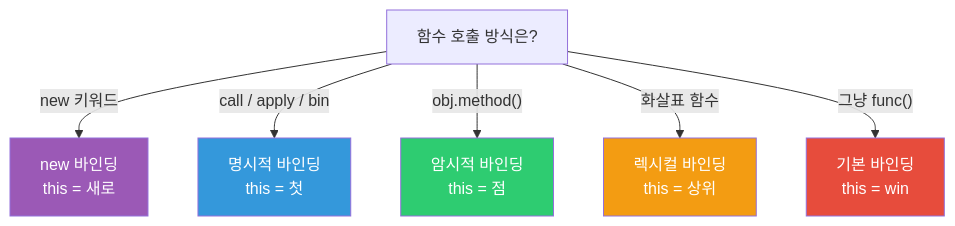
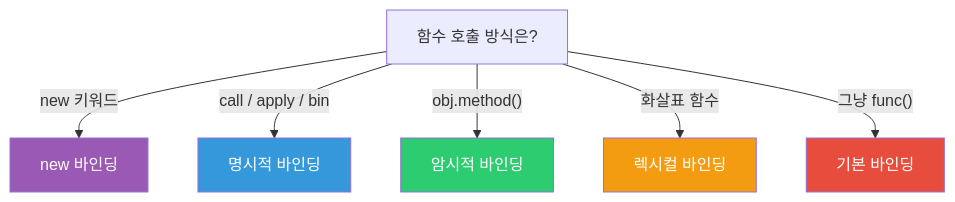
One commit to yjkim2015/yjkim2015.github.io changed the third of 6 diagrams in _posts/frontend/2026-05-01-javascript-core.md. Above: the diagram before and after it, drawn with Mermaid. The commit also changed other lines of this file and 217 other files, not shown here.

First line of the commit message:
Mermaid 크기 수정: useMaxWidth:true + SVG max-width:100% + 라벨 축소

````diff
--- a/_posts/frontend/2026-05-01-javascript-core.md
+++ b/_posts/frontend/2026-05-01-javascript-core.md
@@ -162,14 +162,14 @@
 ```mermaid
 flowchart TD
     Q["함수 호출 방식은?"]
-    Q -->|"new 키워드"| NEW["new 바인딩\nthis = 새로"]
-    Q -->|"call / apply / bin"| EXPLICIT["명시적 바인딩\nthis = 첫"]
-    Q -->|"obj.method()"| METHOD["암시적 바인딩\nthis = 점"]
-    Q -->|"화살표 함수"| ARROW["렉시컬 바인딩\nthis = 상위"]
-    Q -->|"그냥 func()"| DEFAULT["기본 바인딩\nthis = win"]
+    Q -->|"new 키워드"| NEW["new 바인딩"]
+    Q -->|"call / apply / bin"| EXPLICIT["명시적 바인딩"]
+    Q -->|"obj.method()"| METHOD["암시적 바인딩"]
+    Q -->|"화살표 함수"| ARROW["렉시컬 바인딩"]
+    Q -->|"그냥 func()"| DEFAULT["기본 바인딩"]
     style NEW fill:#9b59b6,color:#fff
     style EXPLICIT fill:#3498db,color:#fff
     style METHOD fill:#2ecc71,color:#fff
     style ARROW fill:#f39c12,color:#fff
     style DEFAULT fill:#e74c3c,color:#fff
 ```
````
